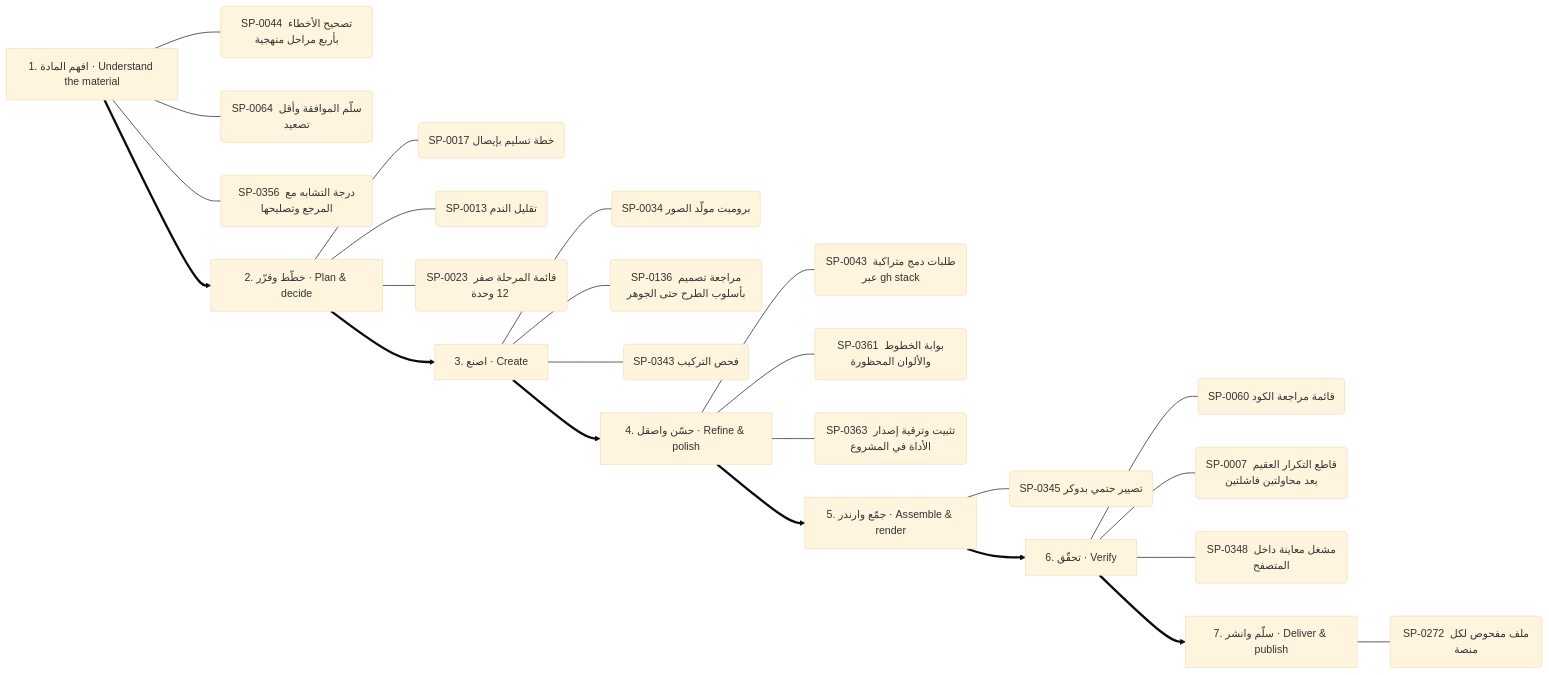
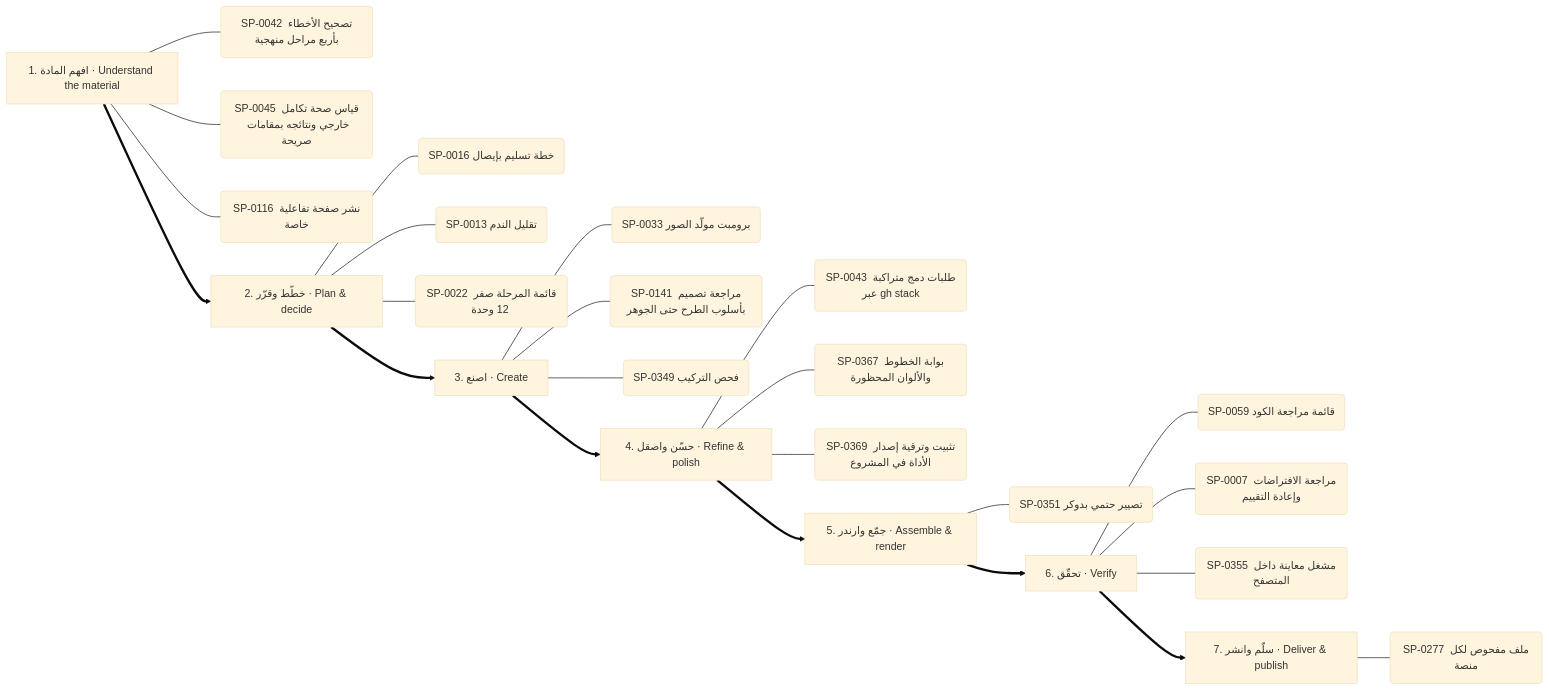
One commit to kosif199022-jpg/kosif-tool changed the tenth of 13 diagrams in .claude/skills/kosif-superpowers/references/capability-mindmap.md. Above: the diagram before and after it, drawn with Mermaid (base theme). The commit also changed other lines of this file and 146 other files, not shown here.

````diff
--- a/.claude/skills/kosif-superpowers/references/capability-mindmap.md
+++ b/.claude/skills/kosif-superpowers/references/capability-mindmap.md
@@ -500,33 +500,33 @@
 ```mermaid
 flowchart LR
   S0["1. افهم المادة · Understand the material"]
-  S0 --- S0_0("SP-0044 تصحيح الأخطاء بأربع مراحل منهجية")
-  S0 --- S0_1("SP-0064 سلّم الموافقة وأقل تصعيد")
-  S0 --- S0_2("SP-0356 درجة التشابه مع المرجع وتصليحها")
+  S0 --- S0_0("SP-0042 تصحيح الأخطاء بأربع مراحل منهجية")
+  S0 --- S0_1("SP-0045 قياس صحة تكامل خارجي ونتائجه بمقامات صريحة")
+  S0 --- S0_2("SP-0116 نشر صفحة تفاعلية خاصة")
   S1["2. خطّط وقرّر · Plan & decide"]
-  S1 --- S1_0("SP-0017 خطة تسليم بإيصال")
+  S1 --- S1_0("SP-0016 خطة تسليم بإيصال")
   S1 --- S1_1("SP-0013 تقليل الندم")
-  S1 --- S1_2("SP-0023 قائمة المرحلة صفر  12 وحدة ")
+  S1 --- S1_2("SP-0022 قائمة المرحلة صفر  12 وحدة ")
   S0 ==> S1
   S2["3. اصنع · Create"]
-  S2 --- S2_0("SP-0034 برومبت مولّد الصور")
-  S2 --- S2_1("SP-0136 مراجعة تصميم بأسلوب الطرح حتى الجوهر")
-  S2 --- S2_2("SP-0343 فحص التركيب")
+  S2 --- S2_0("SP-0033 برومبت مولّد الصور")
+  S2 --- S2_1("SP-0141 مراجعة تصميم بأسلوب الطرح حتى الجوهر")
+  S2 --- S2_2("SP-0349 فحص التركيب")
   S1 ==> S2
   S3["4. حسّن واصقل · Refine & polish"]
   S3 --- S3_0("SP-0043 طلبات دمج متراكبة عبر gh stack")
-  S3 --- S3_1("SP-0361 بوابة الخطوط والألوان المحظورة")
-  S3 --- S3_2("SP-0363 تثبيت وترقية إصدار الأداة في المشروع")
+  S3 --- S3_1("SP-0367 بوابة الخطوط والألوان المحظورة")
+  S3 --- S3_2("SP-0369 تثبيت وترقية إصدار الأداة في المشروع")
   S2 ==> S3
   S4["5. جمّع وارندر · Assemble & render"]
-  S4 --- S4_0("SP-0345 تصيير حتمي بدوكر")
+  S4 --- S4_0("SP-0351 تصيير حتمي بدوكر")
   S3 ==> S4
   S5["6. تحقّق · Verify"]
-  S5 --- S5_0("SP-0060 قائمة مراجعة الكود")
-  S5 --- S5_1("SP-0007 قاطع التكرار العقيم بعد محاولتين فاشلتين")
-  S5 --- S5_2("SP-0348 مشغل معاينة داخل المتصفح")
+  S5 --- S5_0("SP-0059 قائمة مراجعة الكود")
+  S5 --- S5_1("SP-0007 مراجعة الافتراضات وإعادة التقييم")
+  S5 --- S5_2("SP-0355 مشغل معاينة داخل المتصفح")
   S4 ==> S5
   S6["7. سلّم وانشر · Deliver & publish"]
-  S6 --- S6_0("SP-0272 ملف مفحوص لكل منصة")
+  S6 --- S6_0("SP-0277 ملف مفحوص لكل منصة")
   S5 ==> S6
 ```
````
